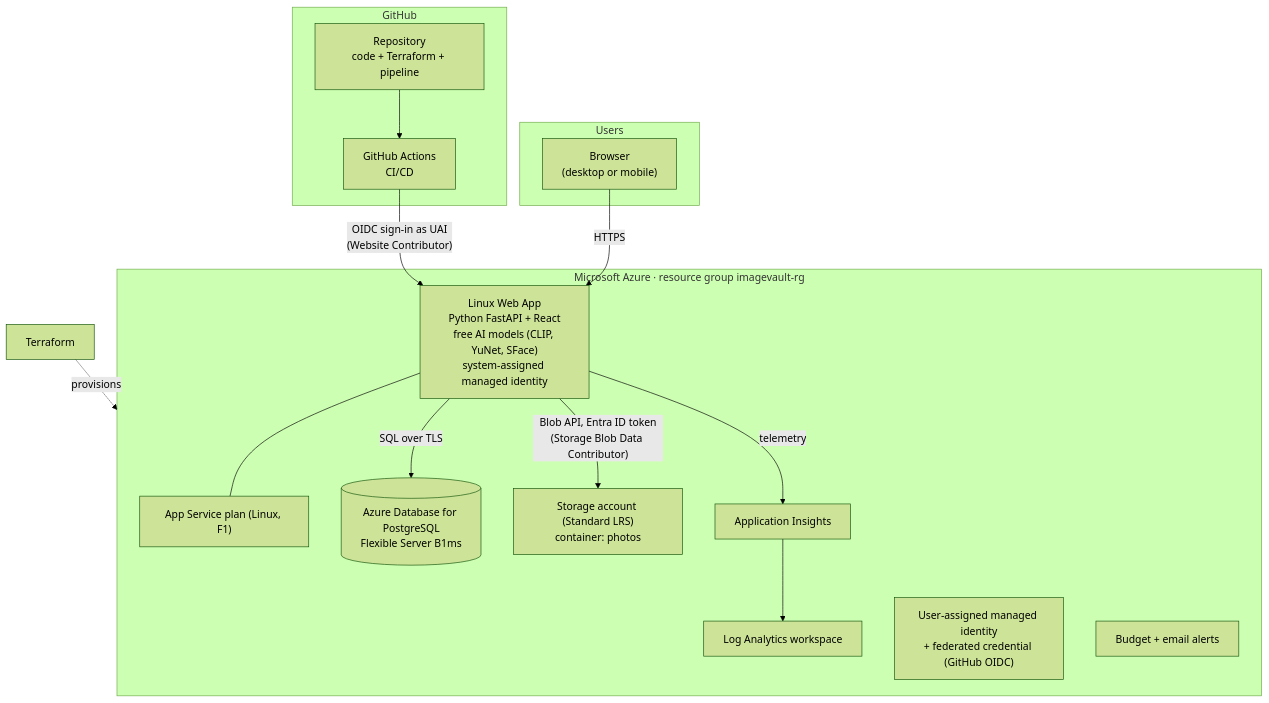
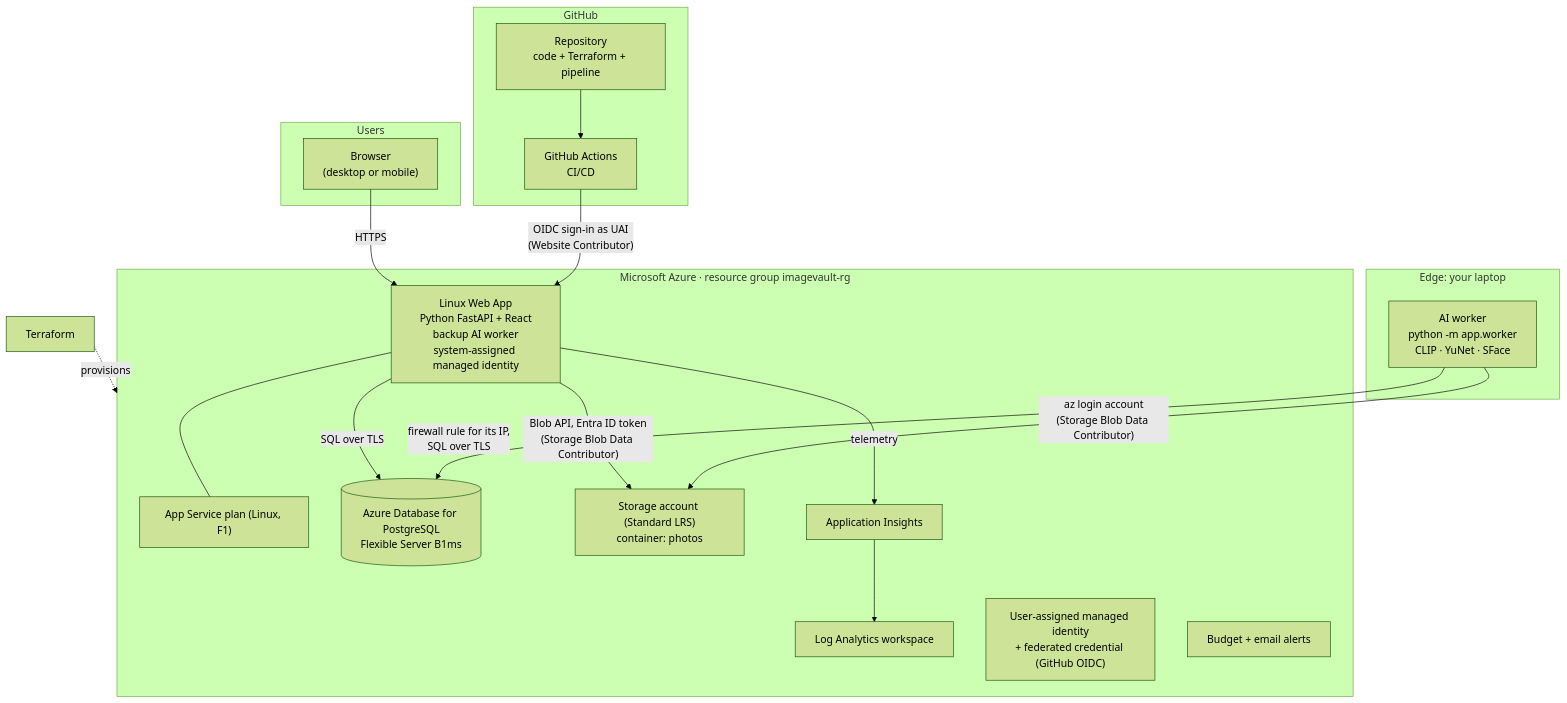
The first of 4 diagrams in docs/technical-design-document.md (Arnav-Dugad/imagevault-ai), drawn with Mermaid (forest theme) before and after one commit. The commit also changed other lines of this file and 22 other files, not shown here.

First line of the commit message:
Run the AI on the laptop with Azure as backup; cap costs (#9)

````diff
--- a/docs/technical-design-document.md
+++ b/docs/technical-design-document.md
@@ -56,28 +57,33 @@
 ```mermaid
 flowchart TB
     subgraph Users
       B["Browser<br/>(desktop or mobile)"]
     end
     subgraph GitHub
       R["Repository<br/>code + Terraform + pipeline"]
       GA["GitHub Actions<br/>CI/CD"]
     end
     subgraph Azure["Microsoft Azure · resource group imagevault-rg"]
       ASP["App Service plan (Linux, F1)"]
-      WEB["Linux Web App<br/>Python FastAPI + React<br/>free AI models (CLIP, YuNet, SFace)<br/>system-assigned managed identity"]
+      WEB["Linux Web App<br/>Python FastAPI + React<br/>backup AI worker<br/>system-assigned managed identity"]
       PG[("Azure Database for PostgreSQL<br/>Flexible Server B1ms")]
       ST["Storage account (Standard LRS)<br/>container: photos"]
       AI["Application Insights"]
       LA["Log Analytics workspace"]
       UAI["User-assigned managed identity<br/>+ federated credential (GitHub OIDC)"]
       BUD["Budget + email alerts"]
     end
     B -- HTTPS --> WEB
     WEB --- ASP
     WEB -- "SQL over TLS" --> PG
     WEB -- "Blob API, Entra ID token<br/>(Storage Blob Data Contributor)" --> ST
     WEB -- telemetry --> AI --> LA
     R --> GA
     GA -- "OIDC sign-in as UAI<br/>(Website Contributor)" --> WEB
     TF["Terraform"] -. provisions .-> Azure
+    subgraph Edge["Edge: your laptop"]
+      LW["AI worker<br/>python -m app.worker<br/>CLIP · YuNet · SFace"]
+    end
+    LW -- "firewall rule for its IP,<br/>SQL over TLS" --> PG
+    LW -- "az login account<br/>(Storage Blob Data Contributor)" --> ST
 ```
````
